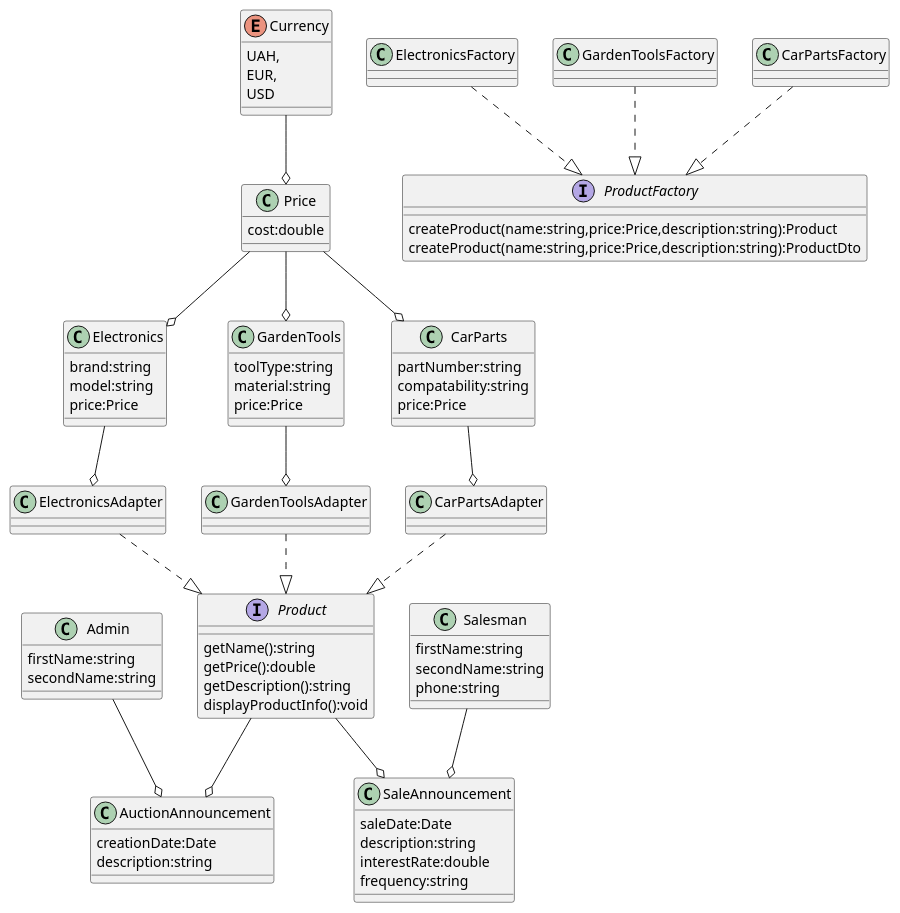
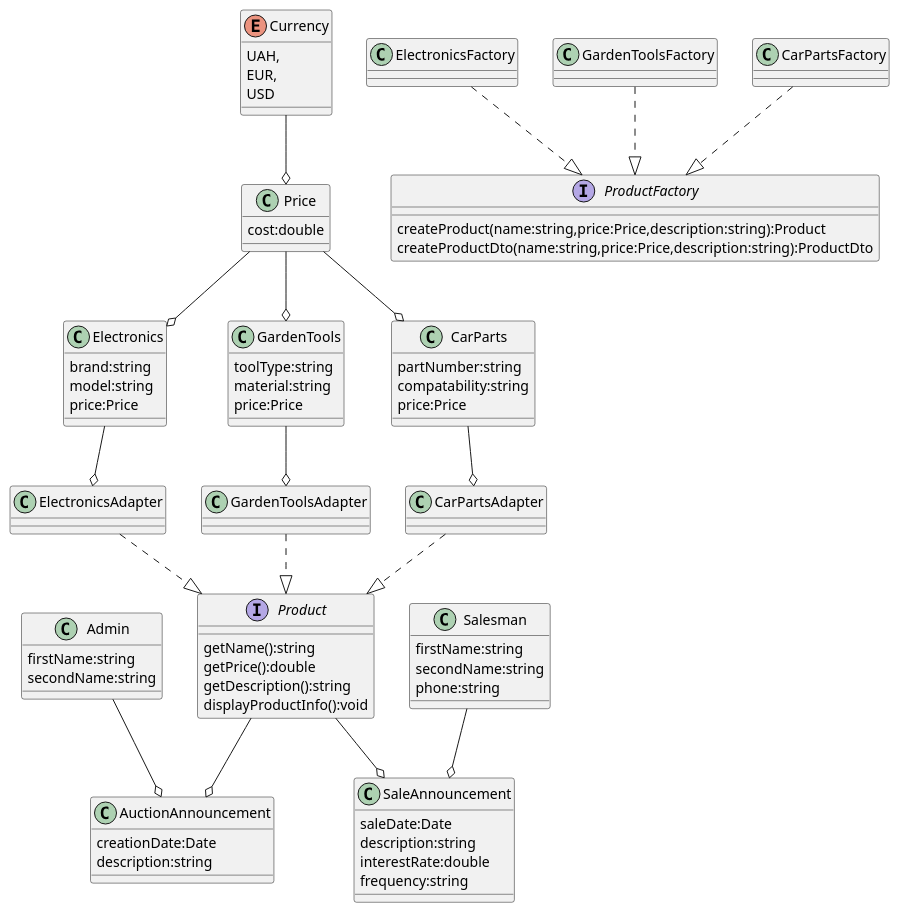
The diagram in Bom.puml (MrTorfis0017/Gleb), drawn with PlantUML before and after one commit.

Commit message:
[XXX] Bom update

```diff
--- a/Bom.puml
+++ b/Bom.puml
@@ -1,102 +1,102 @@
 @startuml
 'https://plantuml.com/class-diagram
 
 class Admin {
 firstName:string
 secondName:string
 }
 
 enum Currency{
 UAH,
 EUR,
 USD
 }
 
 class Price{
 cost:double
 }
 
 interface Product{
 getName():string
 getPrice():double
 getDescription():string
 displayProductInfo():void
 }
 
 interface ProductFactory{
 createProduct(name:string,price:Price,description:string):Product
-createProduct(name:string,price:Price,description:string):ProductDto
+createProductDto(name:string,price:Price,description:string):ProductDto
 }
 
 class Electronics{
 brand:string
 model:string
 price:Price
 }
 
 class GardenTools{
 toolType:string
 material:string
 price:Price
 }
 
 class CarParts{
 partNumber:string
 compatability:string
 price:Price
 }
 
 class ElectronicsFactory{
 }
 
 class GardenToolsFactory{
 }
 
 class CarPartsFactory{
 }
 
 class ElectronicsAdapter{
 }
 
 class GardenToolsAdapter{
 }
 
 class CarPartsAdapter{
 }
 
 class AuctionAnnouncement{
 creationDate:Date
 description:string
 }
 
 class Salesman{
 firstName:string
 secondName:string
 phone:string
 }
 
 class SaleAnnouncement{
 saleDate:Date
 description:string
 interestRate:double
 frequency:string
 }
 
 Admin --o AuctionAnnouncement
 Product --o AuctionAnnouncement
 Currency --o Price
 Price --o Electronics
 Price --o GardenTools
 Price --o CarParts
 Salesman --o SaleAnnouncement
 Product --o SaleAnnouncement
 Electronics --o ElectronicsAdapter
 ElectronicsAdapter ..|> Product
 GardenTools --o GardenToolsAdapter
 GardenToolsAdapter ..|> Product
 CarParts --o CarPartsAdapter
 CarPartsAdapter ..|> Product
 ElectronicsFactory ..|> ProductFactory
 GardenToolsFactory ..|> ProductFactory
 CarPartsFactory ..|> ProductFactory
 @enduml
```
